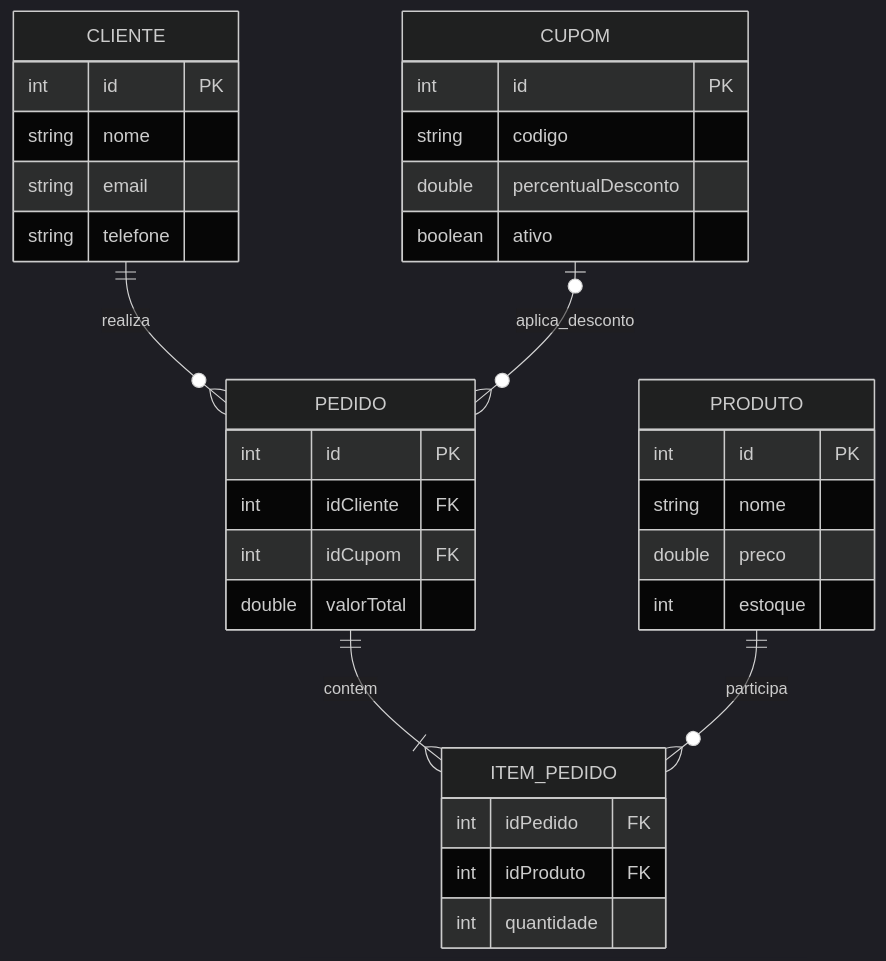
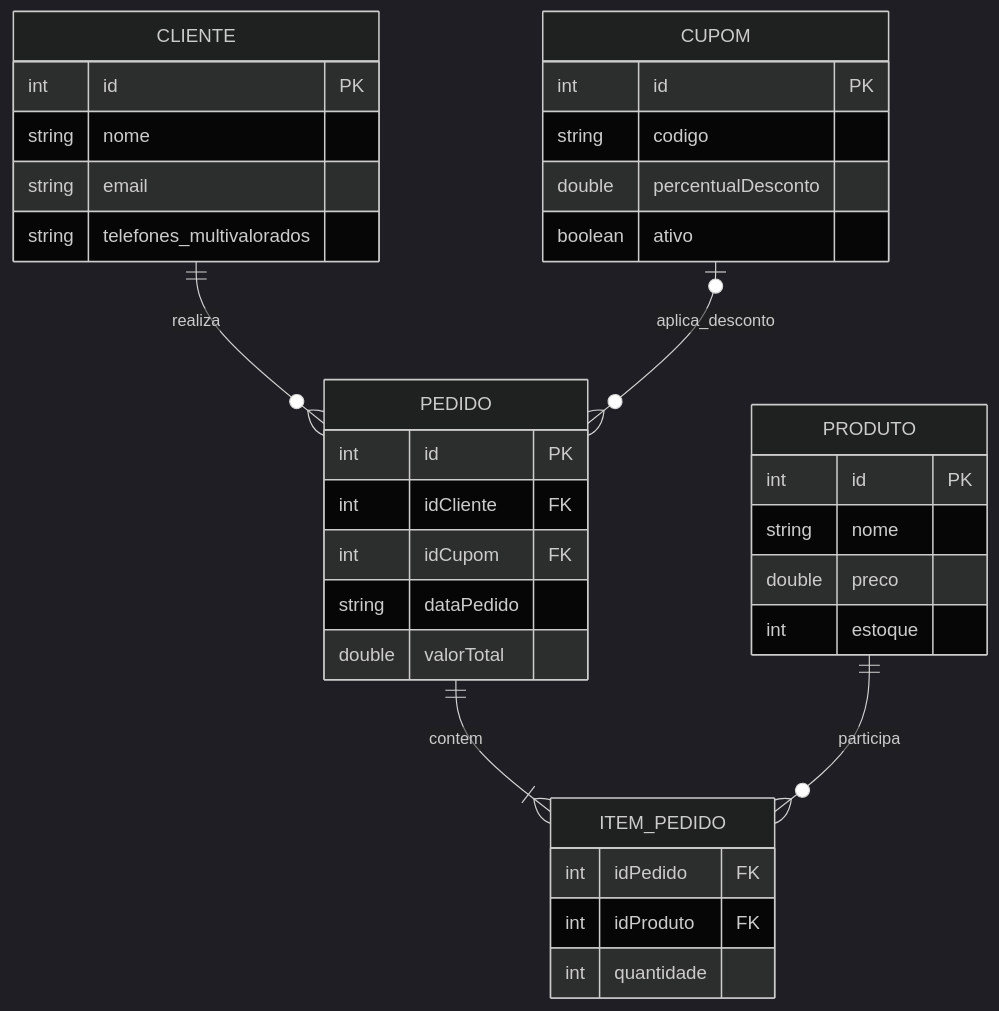
The diagram in docs/DER.md (lucaszanfa/Tp-Aedes3), drawn with Mermaid (dark theme) before and after one commit. The commit also changed other lines of this file and 35 other files, not shown here.

Commit message:
atualizando diagramas

````diff
--- a/docs/DER.md
+++ b/docs/DER.md
@@ -47,41 +50,42 @@
 ```mermaid
 erDiagram
     CLIENTE ||--o{ PEDIDO : realiza
     PEDIDO ||--|{ ITEM_PEDIDO : contem
     PRODUTO ||--o{ ITEM_PEDIDO : participa
     CUPOM o|--o{ PEDIDO : aplica_desconto
 
     CLIENTE {
         int id PK
         string nome
         string email
-        string telefone
+        string telefones_multivalorados
     }
 
     PRODUTO {
         int id PK
         string nome
         double preco
         int estoque
     }
 
     CUPOM {
         int id PK
         string codigo
         double percentualDesconto
         boolean ativo
     }
 
     PEDIDO {
         int id PK
         int idCliente FK
         int idCupom FK
+        string dataPedido
         double valorTotal
     }
 
     ITEM_PEDIDO {
         int idPedido FK
         int idProduto FK
         int quantidade
     }
 ```
````
